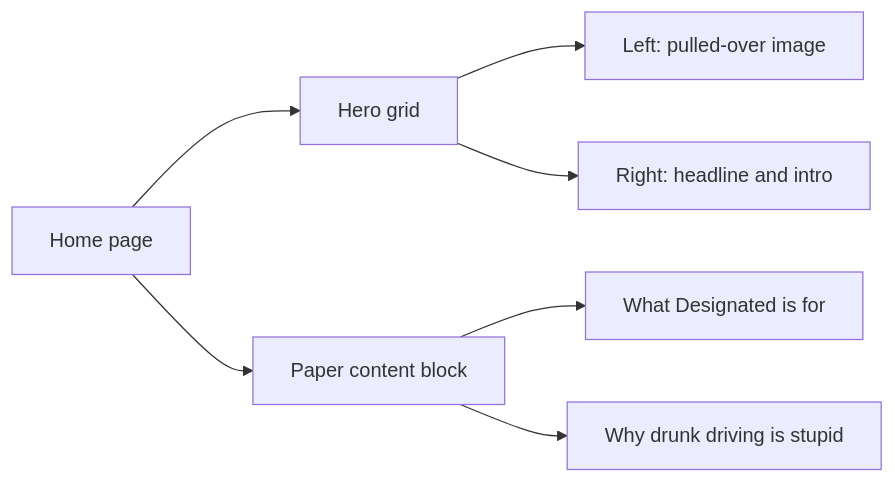
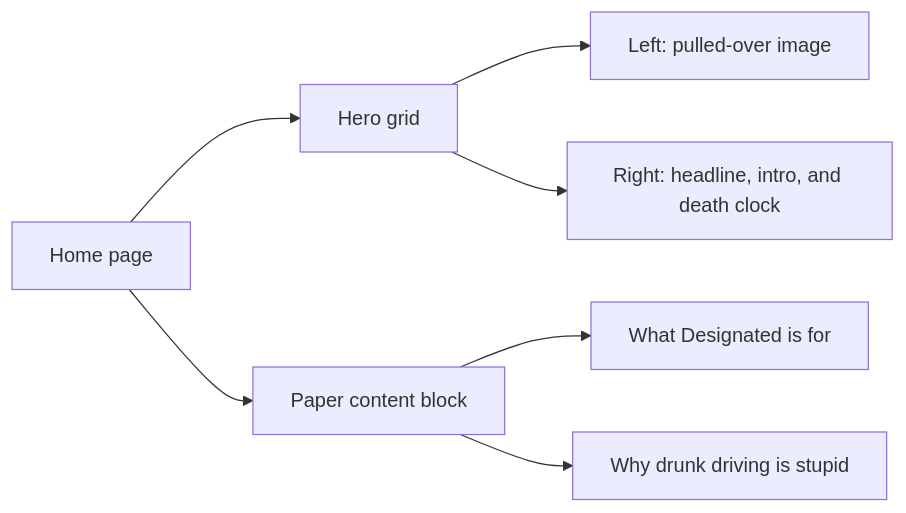
The diagram in docs/web/pages/home-page.md (matthewlovestocode/designated), drawn with Mermaid before and after one commit. The commit also changed other lines of this file and 6 other files, not shown here.

Commit message:
Add landing page death clock

````diff
--- a/docs/web/pages/home-page.md
+++ b/docs/web/pages/home-page.md
@@ -26,9 +27,9 @@
 ```mermaid
 flowchart LR
     A["Home page"] --> B["Hero grid"]
     B --> C["Left: pulled-over image"]
-    B --> D["Right: headline and intro"]
+    B --> D["Right: headline, intro, and death clock"]
     A --> E["Paper content block"]
     E --> F["What Designated is for"]
     E --> G["Why drunk driving is stupid"]
 ```
````
